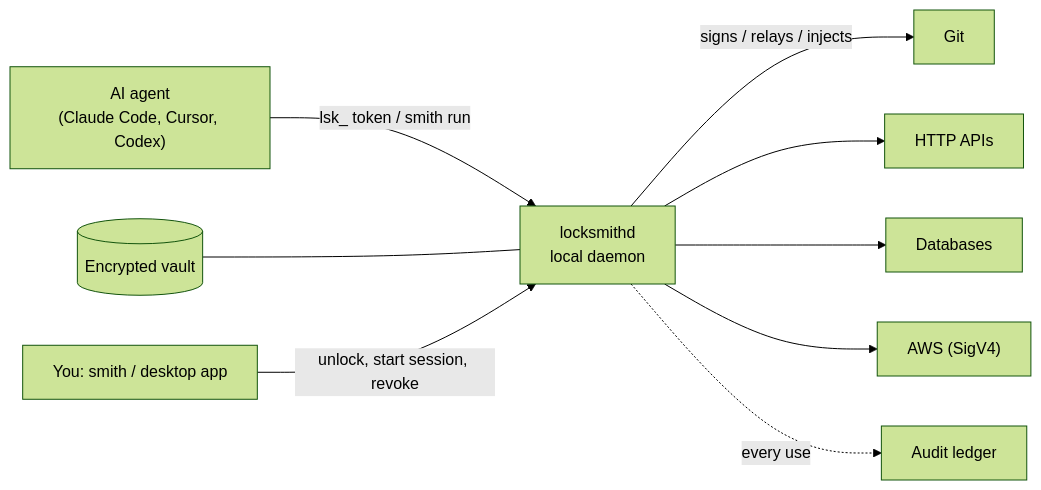
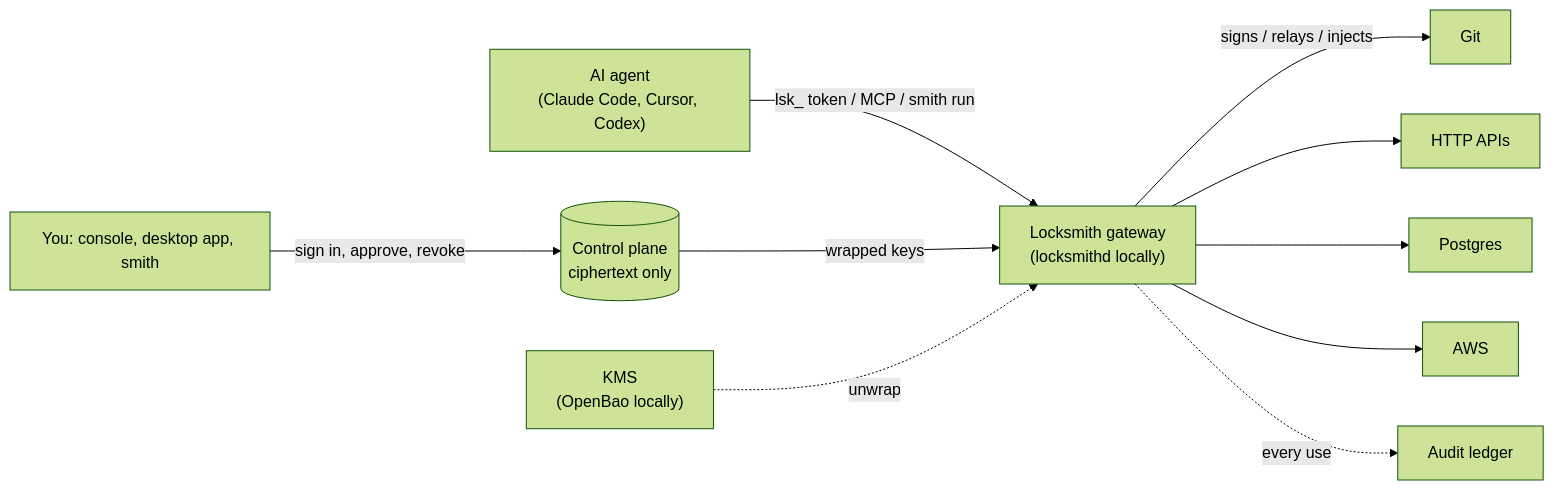
The diagram in README.md (locksmith-hq/locksmith), drawn with Mermaid (forest theme) before and after one commit. The commit also changed other lines of this file, not shown here.

Commit message:
docs: README tells the full story: platform, zero-knowledge design, AI team, roadmap

````diff
--- a/README.md
+++ b/README.md
@@ -41,11 +53,12 @@
 ```mermaid
 flowchart LR
-    A["AI agent<br/>(Claude Code, Cursor, Codex)"] -- "lsk_ token / smith run" --> D["locksmithd<br/>local daemon"]
-    V[("Encrypted vault")] --- D
-    D -- "signs / relays / injects" --> G["Git"]
-    D --> H["HTTP APIs"]
-    D --> DB["Databases"]
-    D --> AWS["AWS (SigV4)"]
-    D -. "every use" .-> L["Audit ledger"]
-    U["You: smith / desktop app"] -- "unlock, start session, revoke" --> D
+    A["AI agent<br/>(Claude Code, Cursor, Codex)"] -- "lsk_ token / MCP / smith run" --> GW["Locksmith gateway<br/>(locksmithd locally)"]
+    CP[("Control plane<br/>ciphertext only")] -- "wrapped keys" --> GW
+    KMS["KMS<br/>(OpenBao locally)"] -. "unwrap" .-> GW
+    GW -- "signs / relays / injects" --> G["Git"]
+    GW --> H["HTTP APIs"]
+    GW --> DB["Postgres"]
+    GW --> AWS["AWS"]
+    GW -. "every use" .-> L["Audit ledger"]
+    U["You: console, desktop app, smith"] -- "sign in, approve, revoke" --> CP
 ```
````
